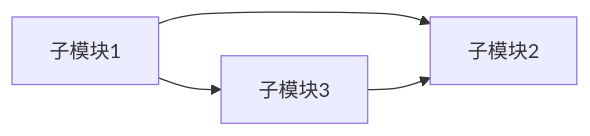
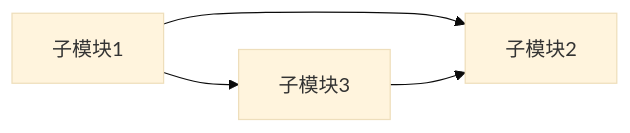
One commit to hproof/claude-market-gamedev changed the third of 5 diagrams in plugins/code-analyzer/skills/module-analyzer/SKILL.md. Above: the diagram before and after it, drawn with Mermaid. The commit also changed other lines of this file and 1 other file, not shown here.

First line of the commit message:
feat(code-analyzer): 优化 Mermaid 图表高度显示

````diff
--- a/plugins/code-analyzer/skills/module-analyzer/SKILL.md
+++ b/plugins/code-analyzer/skills/module-analyzer/SKILL.md
@@ -162,6 +164,7 @@
 ```mermaid
+%%{init: {'theme': 'base', 'flowchart': { 'useMaxWidth': true, 'padding': 16, 'nodeSpacing': 40, 'rankSpacing': 60 }}}%%
 graph LR
     Sub1[子模块1] --> Sub2[子模块2]
     Sub1 --> Sub3[子模块3]
     Sub3 --> Sub2
 ```
````
